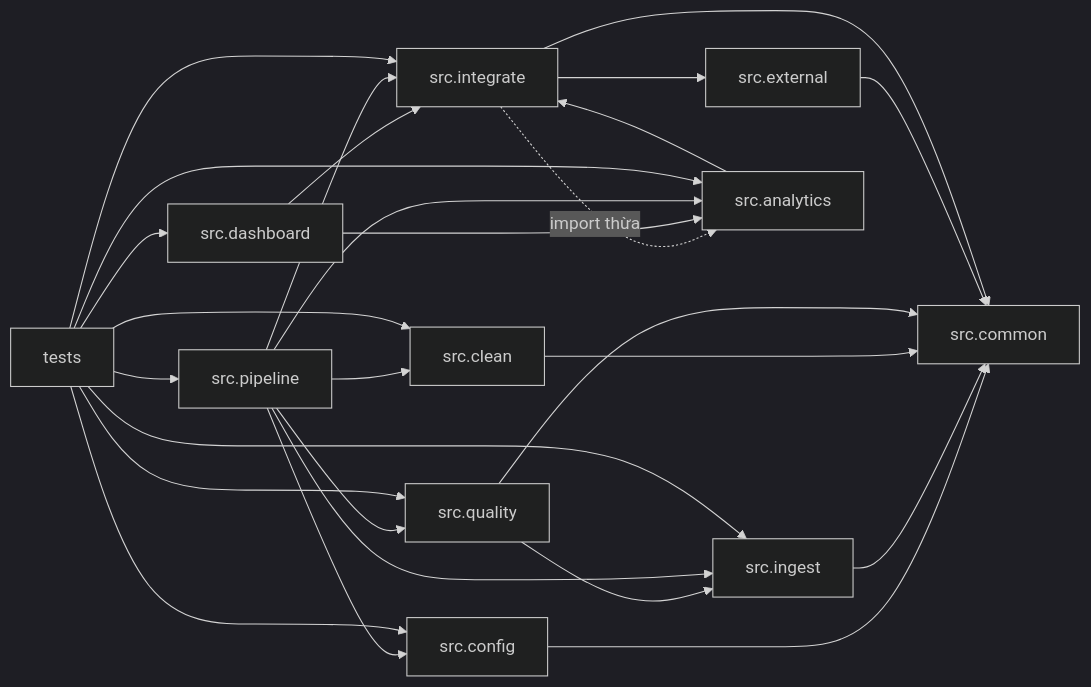
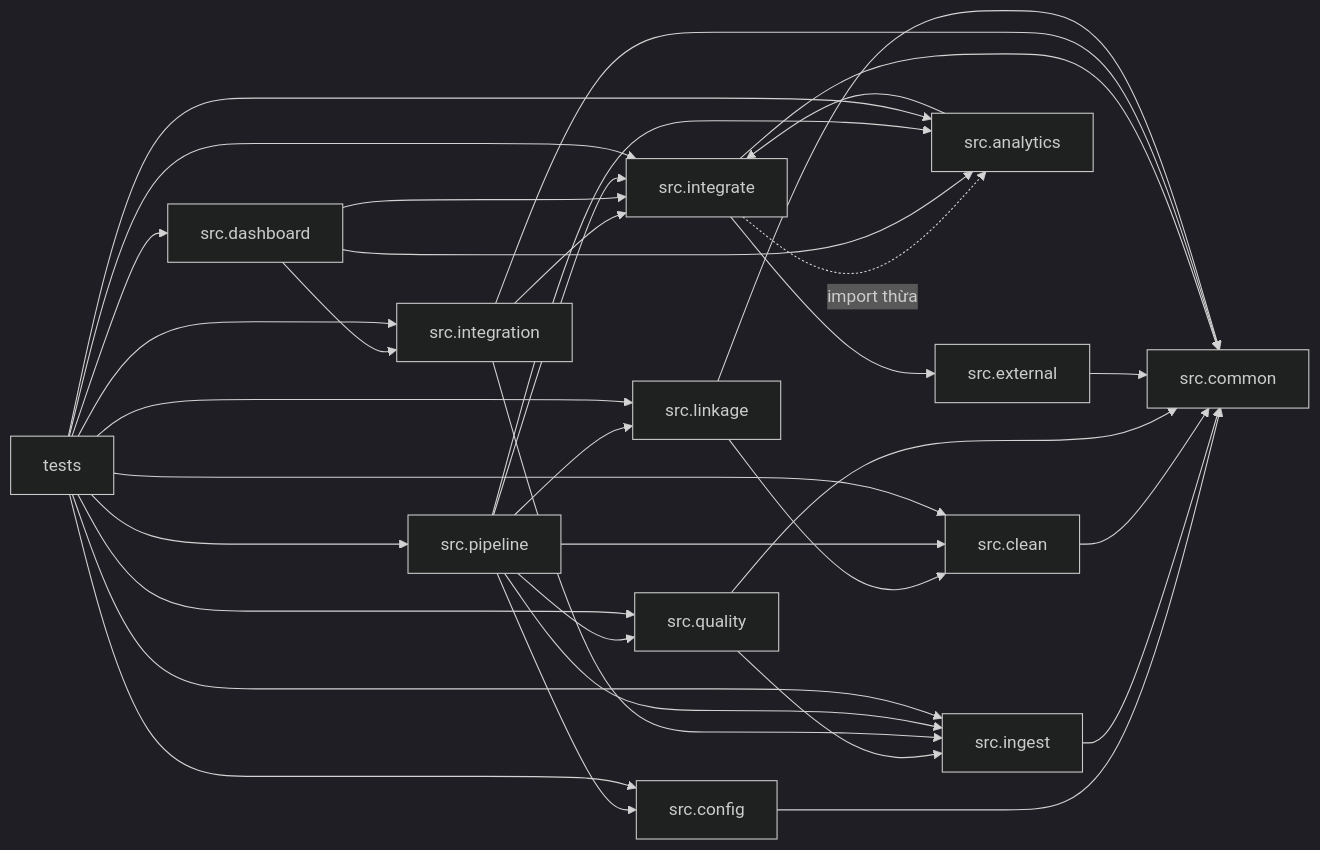
Before and after one commit to dominhhiep21/IT5427: the first of 2 diagrams in aidlc/spaces/default/codekb/Tich-hop-va-xu-li-du-lieu-lon/dependencies.md, drawn with Mermaid (dark theme). The commit also changed other lines of this file and 501 other files, not shown here.

````diff
--- a/aidlc/spaces/default/codekb/Tich-hop-va-xu-li-du-lieu-lon/dependencies.md
+++ b/aidlc/spaces/default/codekb/Tich-hop-va-xu-li-du-lieu-lon/dependencies.md
@@ -60,29 +83,38 @@
 ```mermaid
 flowchart LR
   CFG["src.config"] --> COMMON["src.common"]
   ING["src.ingest"] --> COMMON
   CLN["src.clean"] --> COMMON
   QG["src.quality"] --> COMMON
   QG --> ING
   EXT["src.external"] --> COMMON
   INT["src.integrate"] --> COMMON
   INT --> EXT
   INT -.->|import thừa| ANA["src.analytics"]
   ANA --> INT
+  IG["src.integration"] --> COMMON
+  IG --> ING
+  IG --> INT
+  LINK["src.linkage"] --> COMMON
+  LINK --> CLN
   UI["src.dashboard"] --> ANA
   UI --> INT
+  UI --> IG
   PIPE["src.pipeline"] --> CFG
   PIPE --> ING
   PIPE --> CLN
   PIPE --> QG
   PIPE --> INT
   PIPE --> ANA
+  PIPE --> LINK
   T["tests"] --> CFG
   T --> ING
   T --> CLN
   T --> QG
   T --> INT
   T --> ANA
+  T --> IG
+  T --> LINK
   T --> UI
   T --> PIPE
 ```
````
